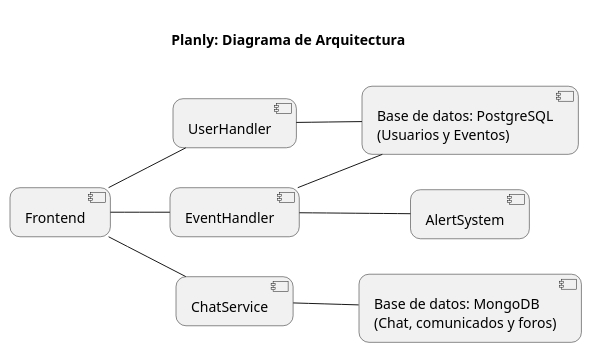
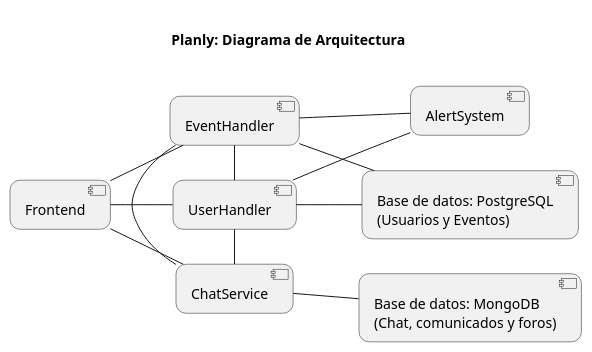
The diagram in Planning and Design/ArchitecturalDiagram.plantuml (MrDahaniel/Planly), drawn with PlantUML before and after one commit.

Commit message:
Updated architectural diagram

```diff
--- a/Planning and Design/ArchitecturalDiagram.plantuml
+++ b/Planning and Design/ArchitecturalDiagram.plantuml
@@ -1,35 +1,40 @@
 @startuml ArchitecturalDiagram
 
     title \n Planly: Diagrama de Arquitectura \n
 
     left to right direction
     skinparam monochrome true
     skinparam roundcorner 20
 
     ' Services definition
 
         ' Database Services
         [Base de datos: PostgreSQL\n(Usuarios y Eventos)] as P_SQL_DB
         [Base de datos: MongoDB\n(Chat, comunicados y foros)] as MONGO_DB
 
         ' Business and logic services
         [UserHandler] as UHMicro
         [EventHandler] as EHMicro
         [AlertSystem] as ALSys
         [ChatService] as ChatServ
         [Frontend] as Front
 
         
         Front -- UHMicro
         Front -- EHMicro
         Front -- ChatServ
 
         EHMicro -- P_SQL_DB
         UHMicro -- P_SQL_DB
 
         ChatServ -- MONGO_DB
 
         EHMicro -- ALSys
+        UHMicro -- ALSys
+
+        ChatServ -left- UHMicro
+        UHMicro -left- EHMicro
+        ChatServ -left- EHMicro
 
 
 @enduml
```
